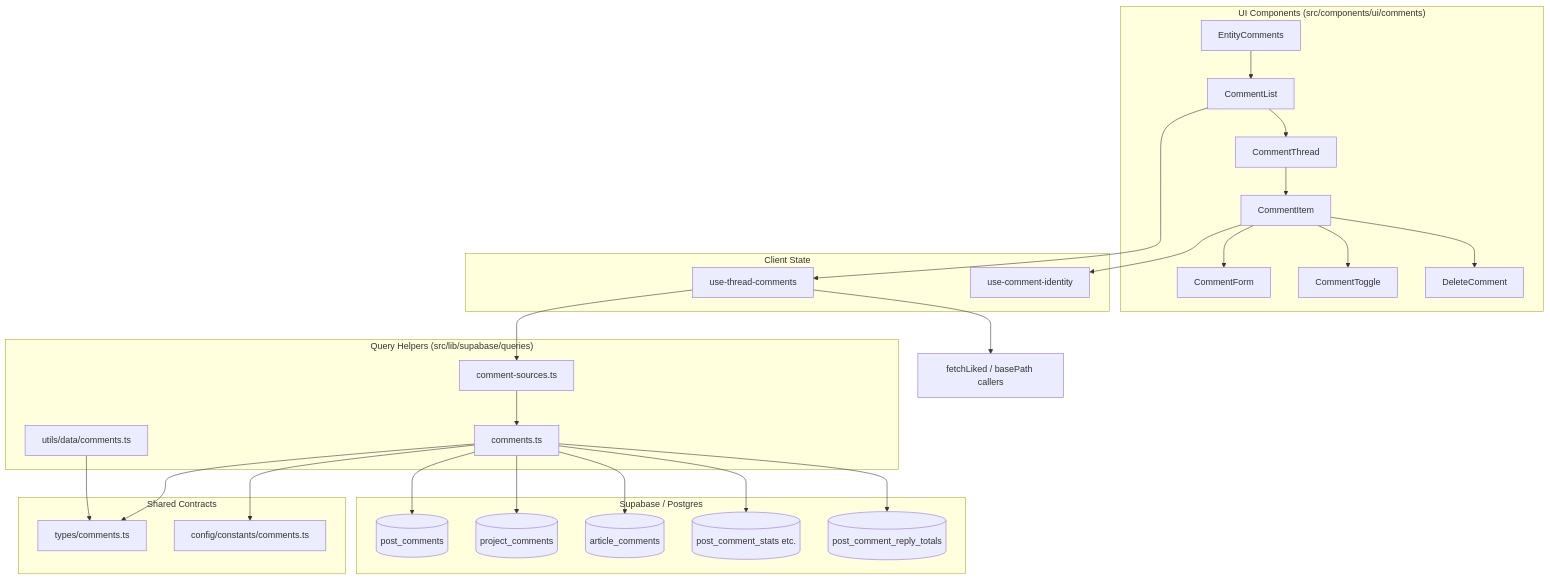
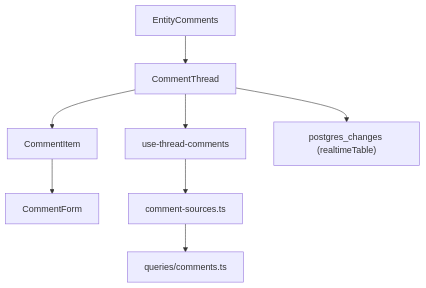
One commit to jackcasstlesjones/ozeaon-wiki changed the diagram in src/content/docs/features/comments-and-reactions.md. Above: the diagram before and after it, drawn with Mermaid. The commit also changed other lines of this file and 6 other files, not shown here.

````diff
--- a/src/content/docs/features/comments-and-reactions.md
+++ b/src/content/docs/features/comments-and-reactions.md
@@ -40,59 +20,10 @@
 ```mermaid
 flowchart TD
-    subgraph sg_UiComponents["UI Components (src/components/ui/comments)"]
-        CommentList["CommentList"]
-        CommentThread["CommentThread"]
-        CommentItem["CommentItem"]
-        CommentForm["CommentForm"]
-        CommentToggle["CommentToggle"]
-        DeleteComment["DeleteComment"]
-        EntityComments["EntityComments"]
-    end
-
-    subgraph sg_Hooks["Client State"]
-        ThreadHook["use-thread-comments"]
-        IdentityHook["use-comment-identity"]
-    end
-
-    subgraph sg_QueryHelpers["Query Helpers (src/lib/supabase/queries)"]
-        CommentQueries["comments.ts"]
-        CommentSources["comment-sources.ts"]
-        DataUtils["utils/data/comments.ts"]
-    end
-
-    subgraph sg_Types["Shared Contracts"]
-        CommentTypes["types/comments.ts"]
-        CommentConstants["config/constants/comments.ts"]
-    end
-
-    subgraph sg_Db["Supabase / Postgres"]
-        PostComments[("post_comments")]
-        ProjectComments[("project_comments")]
-        ArticleComments[("article_comments")]
-        StatsViews[("post_comment_stats etc.")]
-        ReplyTotalsFn[("post_comment_reply_totals")]
-    end
-
-    EntityComments --> CommentList
-    CommentList --> CommentThread
-    CommentThread --> CommentItem
-    CommentItem --> CommentForm
-    CommentItem --> CommentToggle
-    CommentItem --> DeleteComment
-
-    CommentList --> ThreadHook
-    ThreadHook --> ViewersIdentity["fetchLiked / basePath callers"]
-    CommentItem --> IdentityHook
-
-    ThreadHook --> CommentSources
-    CommentSources --> CommentQueries
-    CommentQueries --> CommentTypes
-    CommentQueries --> CommentConstants
-    DataUtils --> CommentTypes
-
-    CommentQueries --> PostComments
-    CommentQueries --> ProjectComments
-    CommentQueries --> ArticleComments
-    CommentQueries --> StatsViews
-    CommentQueries --> ReplyTotalsFn
+    EntityComments["EntityComments"] --> CommentThread["CommentThread"]
+    CommentThread --> CommentItem["CommentItem"]
+    CommentItem --> CommentForm["CommentForm"]
+    CommentThread --> ThreadHook["use-thread-comments"]
+    ThreadHook --> CommentSources["comment-sources.ts"]
+    CommentSources --> CommentQueries["queries/comments.ts"]
+    CommentThread --> Realtime["postgres_changes (realtimeTable)"]
 ```
````
